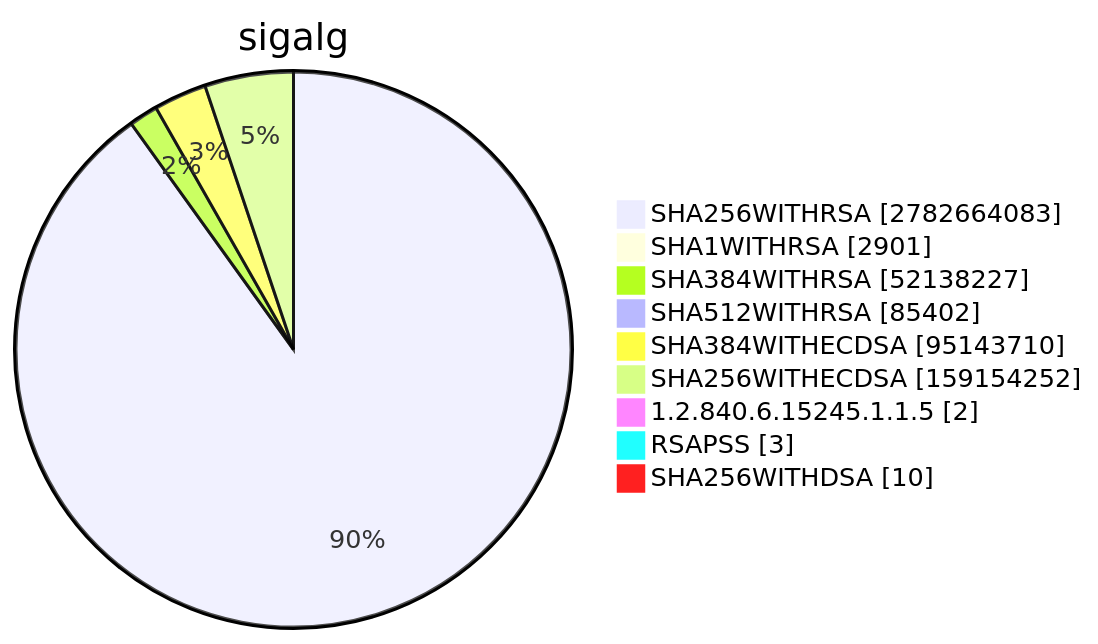
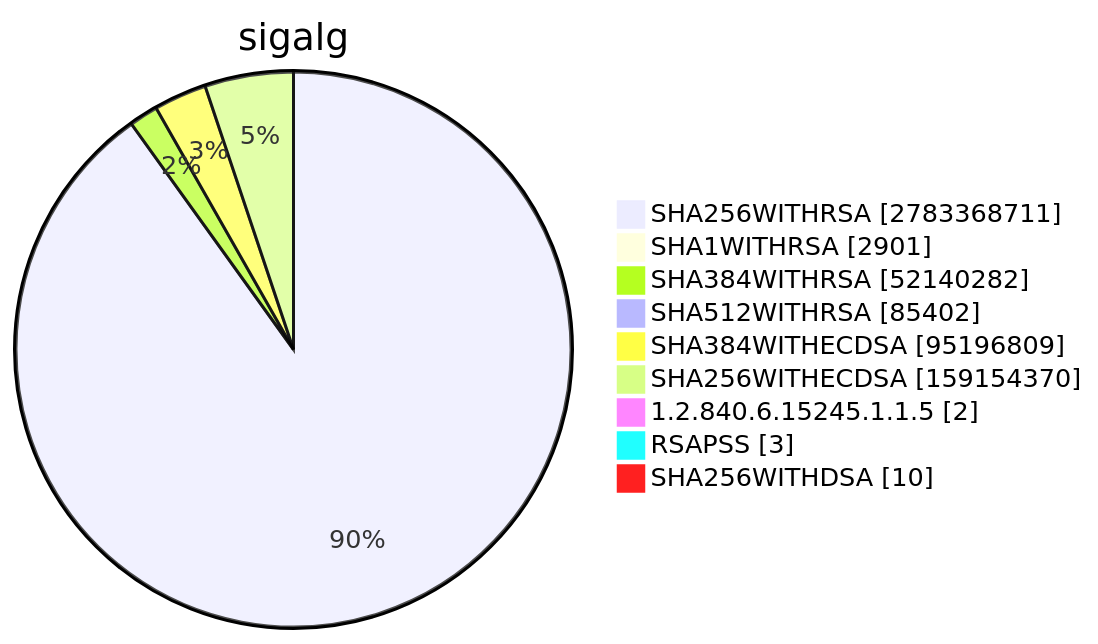
Diagram 15 of 15 in TOTAL/README.md (christiankrug/ctmonitor_visualization), drawn with Mermaid before and after one commit. The commit also changed other lines of this file, not shown here.

````diff
--- a/TOTAL/README.md
+++ b/TOTAL/README.md
@@ -6205,13 +6205,13 @@
 ```mermaid
 pie showData
 title sigalg
-"SHA256WITHRSA" :2782664083
+"SHA256WITHRSA" :2783368711
 "SHA1WITHRSA" :2901
-"SHA384WITHRSA" :52138227
+"SHA384WITHRSA" :52140282
 "SHA512WITHRSA" :85402
-"SHA384WITHECDSA" :95143710
-"SHA256WITHECDSA" :159154252
+"SHA384WITHECDSA" :95196809
+"SHA256WITHECDSA" :159154370
 "1.2.840.6.15245.1.1.5" :2
 "RSAPSS" :3
 "SHA256WITHDSA" :10
 ```
````
